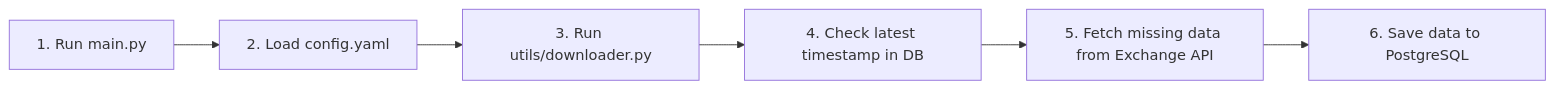
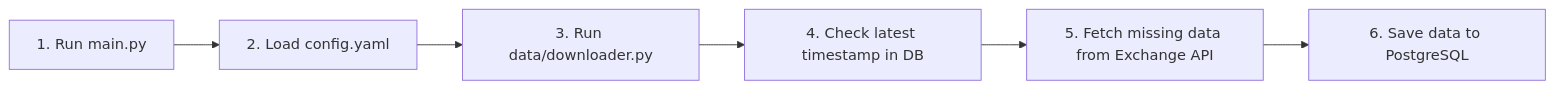
One commit to 21Afnan/cryptosight changed the diagram in README.md. Above: the diagram before and after it, drawn with Mermaid. The commit also changed other lines of this file, not shown here.

````diff
--- a/README.md
+++ b/README.md
@@ -37,8 +38,8 @@
 ```mermaid
 graph LR
     Main["1. Run main.py"] --> Config["2. Load config.yaml"]
-    Config --> Downloader["3. Run utils/downloader.py"]
+    Config --> Downloader["3. Run data/downloader.py"]
     Downloader --> DB_Check["4. Check latest timestamp in DB"]
     DB_Check --> API_Fetch["5. Fetch missing data from Exchange API"]
     API_Fetch --> DB_Save["6. Save data to PostgreSQL"]
 ```
````
